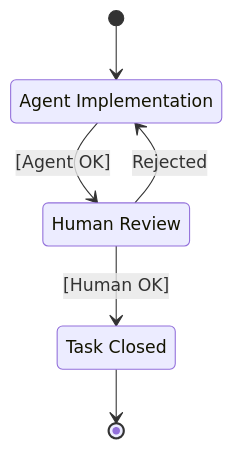
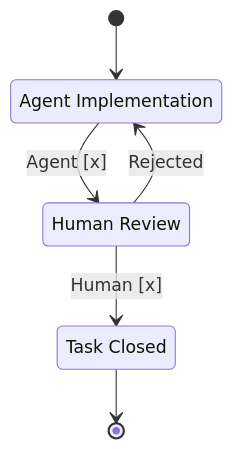
The fourth of 13 diagrams in README.md (rixrix/afx), drawn with Mermaid before and after one commit. The commit also changed other lines of this file and 116 other files, not shown here.

````diff
--- a/README.md
+++ b/README.md
@@ -83,12 +83,12 @@
 ```mermaid
 stateDiagram-v2
     state "Agent Implementation" as AI
     state "Human Review" as HR
     state "Task Closed" as C
 
     [*] --> AI
-    AI --> HR: [Agent OK]
+    AI --> HR: Agent [x]
     HR --> AI: Rejected
-    HR --> C: [Human OK]
+    HR --> C: Human [x]
     C --> [*]
 ```
````
